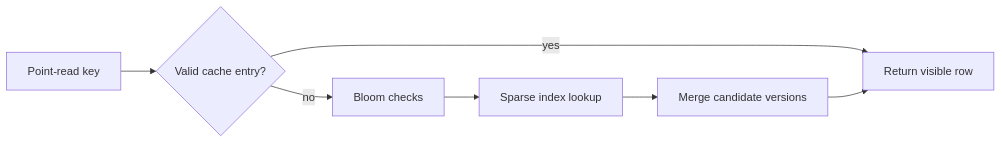
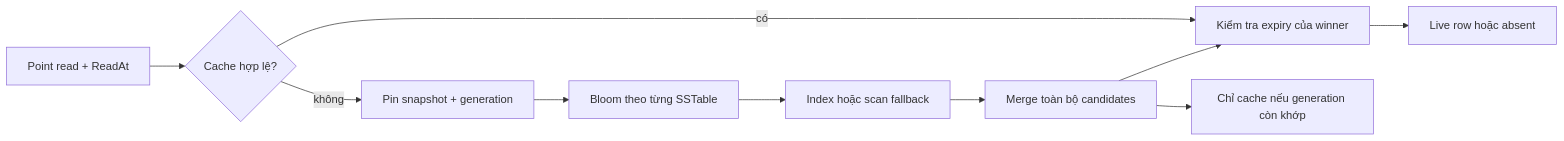
One commit to flynn3103/engineer-lab changed the diagram in scylla/reimplement/feature/07-bloom-filters-indexes-and-cache.md. Above: the diagram before and after it, drawn with Mermaid. The commit also changed other lines of this file and 26 other files, not shown here.

````diff
--- a/scylla/reimplement/feature/07-bloom-filters-indexes-and-cache.md
+++ b/scylla/reimplement/feature/07-bloom-filters-indexes-and-cache.md
@@ -16,9 +24,12 @@
 ```mermaid
 flowchart LR
-    K[Point-read key] --> C{Valid cache entry?}
-    C -->|yes| V[Return visible row]
-    C -->|no| B[Bloom checks]
-    B --> I[Sparse index lookup]
-    I --> M[Merge candidate versions]
-    M --> V
+    K[Point read + ReadAt] --> C{Cache hợp lệ?}
+    C -->|có| E[Kiểm tra expiry của winner]
+    C -->|không| P[Pin snapshot + generation]
+    P --> B[Bloom theo từng SSTable]
+    B --> I[Index hoặc scan fallback]
+    I --> M[Merge toàn bộ candidates]
+    M --> E
+    M --> G[Chỉ cache nếu generation còn khớp]
+    E --> R[Live row hoặc absent]
 ```
````
